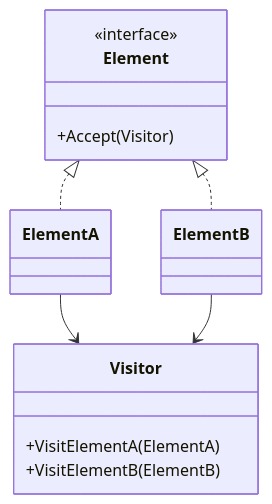
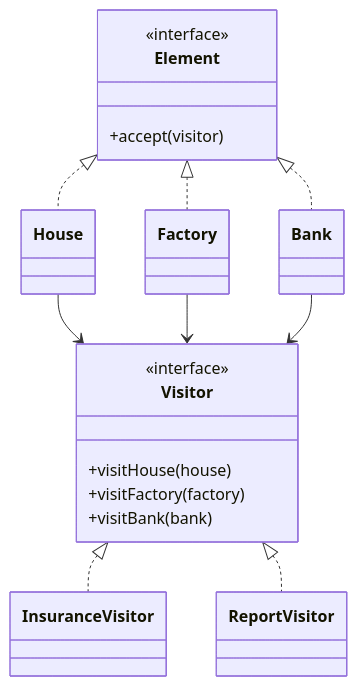
Before and after one commit to Kert0n/KPO: the ninth of 9 diagrams in lectures/Lec5/vitepress.md, drawn with Mermaid. The commit also changed other lines of this file and 9 other files, not shown here.

````diff
--- a/lectures/Lec5/vitepress.md
+++ b/lectures/Lec5/vitepress.md
@@ -511,17 +1549,29 @@
 ```mermaid
 classDiagram
-    class Visitor {
-        +VisitElementA(ElementA)
-        +VisitElementB(ElementB)
-    }
-    class Element {
-        <<interface>>
-        +Accept(Visitor)
-    }
-    class ElementA
-    class ElementB
-    Element <|.. ElementA
-    Element <|.. ElementB
-    ElementA --> Visitor
-    ElementB --> Visitor
+  class Visitor {
+    <<interface>>
+    +visitHouse(house)
+    +visitFactory(factory)
+    +visitBank(bank)
+  }
+
+  class Element {
+    <<interface>>
+    +accept(visitor)
+  }
+
+  class House
+  class Factory
+  class Bank
+  class InsuranceVisitor
+  class ReportVisitor
+
+  Element <|.. House
+  Element <|.. Factory
+  Element <|.. Bank
+  Visitor <|.. InsuranceVisitor
+  Visitor <|.. ReportVisitor
+  House --> Visitor
+  Factory --> Visitor
+  Bank --> Visitor
 ```
````
